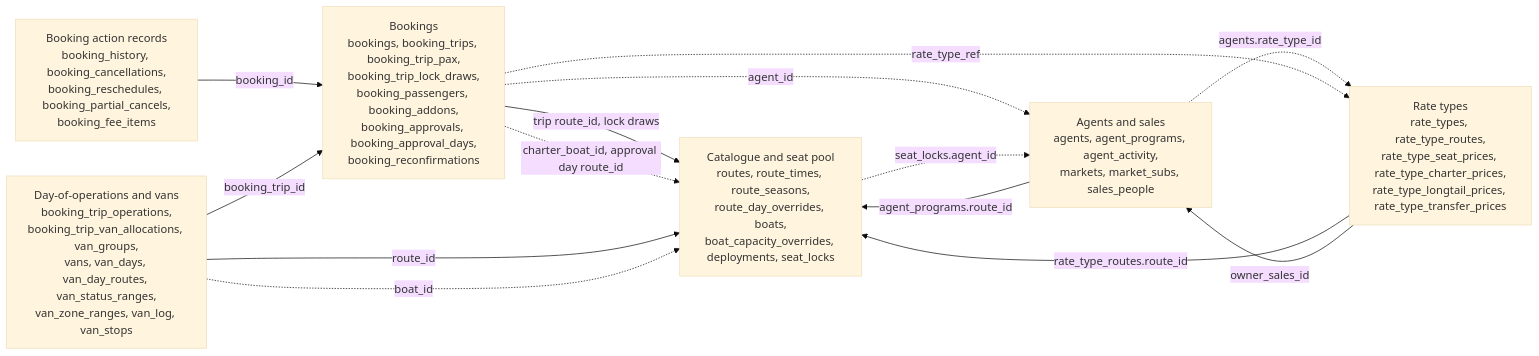
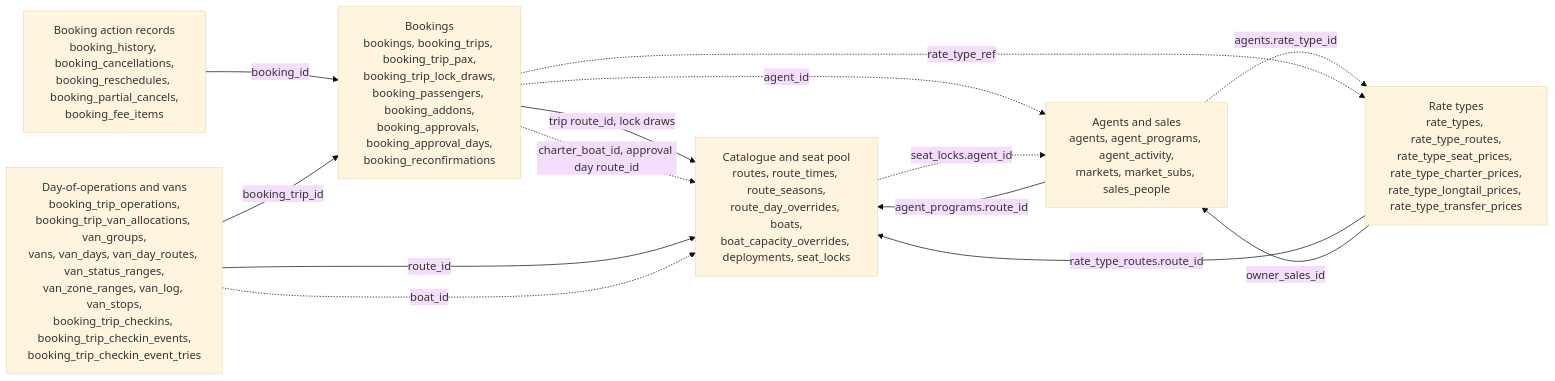
The first of 7 diagrams in docs/schema.md (TheTaTha5/operation_backend), drawn with Mermaid (base theme) before and after one commit. The commit also changed 12 other files, not shown here.

````diff
--- a/docs/schema.md
+++ b/docs/schema.md
@@ -28,23 +28,23 @@
 ```mermaid
 flowchart LR
   catalogue["Catalogue and seat pool<br/>routes, route_times, route_seasons,<br/>route_day_overrides, boats,<br/>boat_capacity_overrides, deployments, seat_locks"]
   bookings["Bookings<br/>bookings, booking_trips, booking_trip_pax,<br/>booking_trip_lock_draws,<br/>booking_passengers, booking_addons,<br/>booking_approvals, booking_approval_days,<br/>booking_reconfirmations"]
   actions["Booking action records<br/>booking_history, booking_cancellations,<br/>booking_reschedules, booking_partial_cancels,<br/>booking_fee_items"]
-  ops["Day-of-operations and vans<br/>booking_trip_operations,<br/>booking_trip_van_allocations, van_groups,<br/>vans, van_days, van_day_routes, van_status_ranges,<br/>van_zone_ranges, van_log, van_stops"]
+  ops["Day-of-operations and vans<br/>booking_trip_operations,<br/>booking_trip_van_allocations, van_groups,<br/>vans, van_days, van_day_routes, van_status_ranges,<br/>van_zone_ranges, van_log, van_stops,<br/>booking_trip_checkins, booking_trip_checkin_events,<br/>booking_trip_checkin_event_tries"]
   sales["Agents and sales<br/>agents, agent_programs, agent_activity,<br/>markets, market_subs, sales_people"]
   rates["Rate types<br/>rate_types, rate_type_routes,<br/>rate_type_seat_prices, rate_type_charter_prices,<br/>rate_type_longtail_prices, rate_type_transfer_prices"]
 
   bookings -- "trip route_id, lock draws" --> catalogue
   bookings -. "charter_boat_id, approval day route_id" .-> catalogue
   actions -- "booking_id" --> bookings
   ops -- "booking_trip_id" --> bookings
   ops -- "route_id" --> catalogue
   ops -. "boat_id" .-> catalogue
   sales -- "agent_programs.route_id" --> catalogue
   bookings -. "agent_id" .-> sales
   catalogue -. "seat_locks.agent_id" .-> sales
   rates -- "rate_type_routes.route_id" --> catalogue
   rates -- "owner_sales_id" --> sales
   sales -. "agents.rate_type_id" .-> rates
   bookings -. "rate_type_ref" .-> rates
 ```
````
